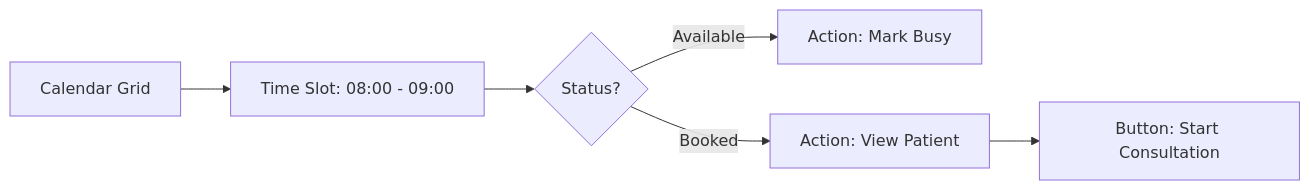
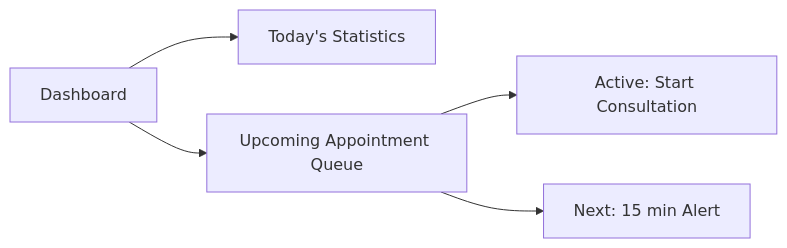
Before and after one commit to Rupesh09876/SYP---Frontend: the second of 3 diagrams in Documentation/Wireframes.md, drawn with Mermaid. The commit also changed other lines of this file, not shown here.

````diff
--- a/Documentation/Wireframes.md
+++ b/Documentation/Wireframes.md
@@ -44,8 +49,7 @@
 ```mermaid
 graph LR
-    A[Calendar Grid] --> B[Time Slot: 08:00 - 09:00]
-    B --> C{Status?}
-    C -- Available --> D[Action: Mark Busy]
-    C -- Booked --> E[Action: View Patient]
-    E --> F[Button: Start Consultation]
+    A[Dashboard] --> B[Today's Statistics]
+    A --> C[Upcoming Appointment Queue]
+    C --> D[Active: Start Consultation]
+    C --> E[Next: 15 min Alert]
 ```
````
